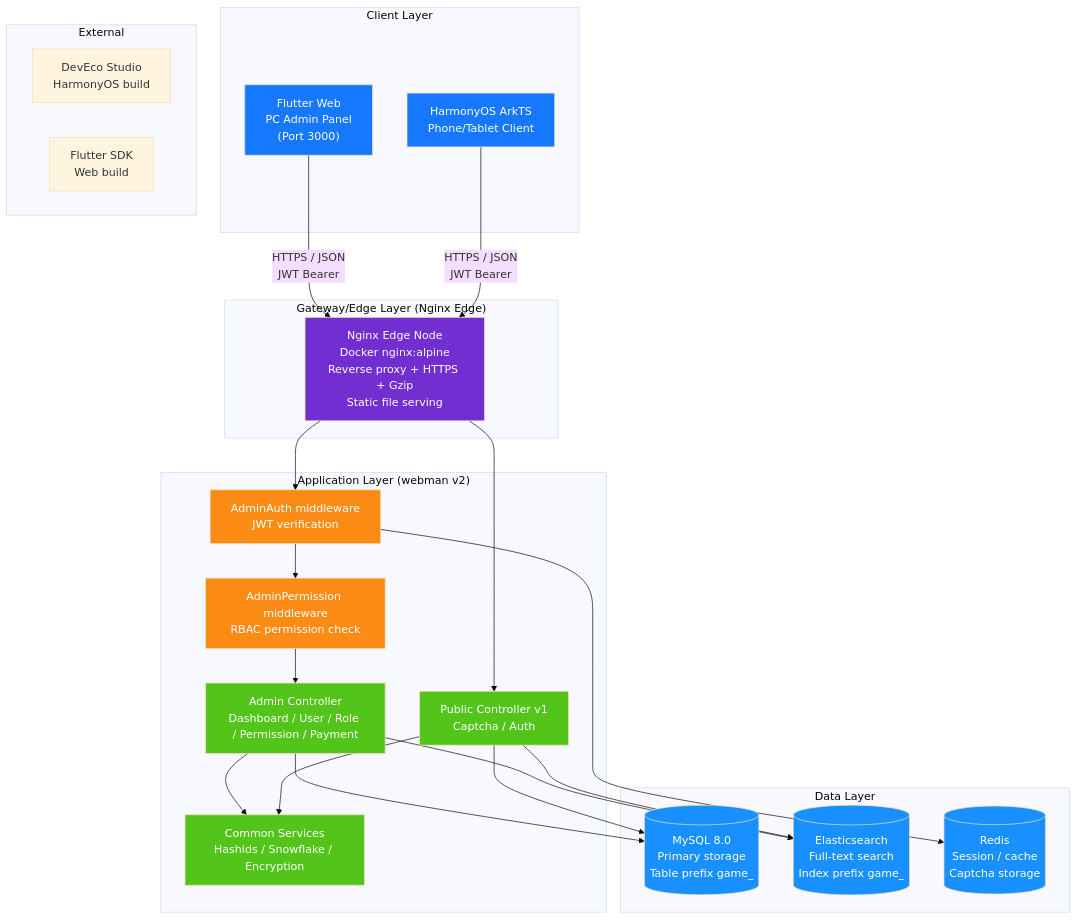
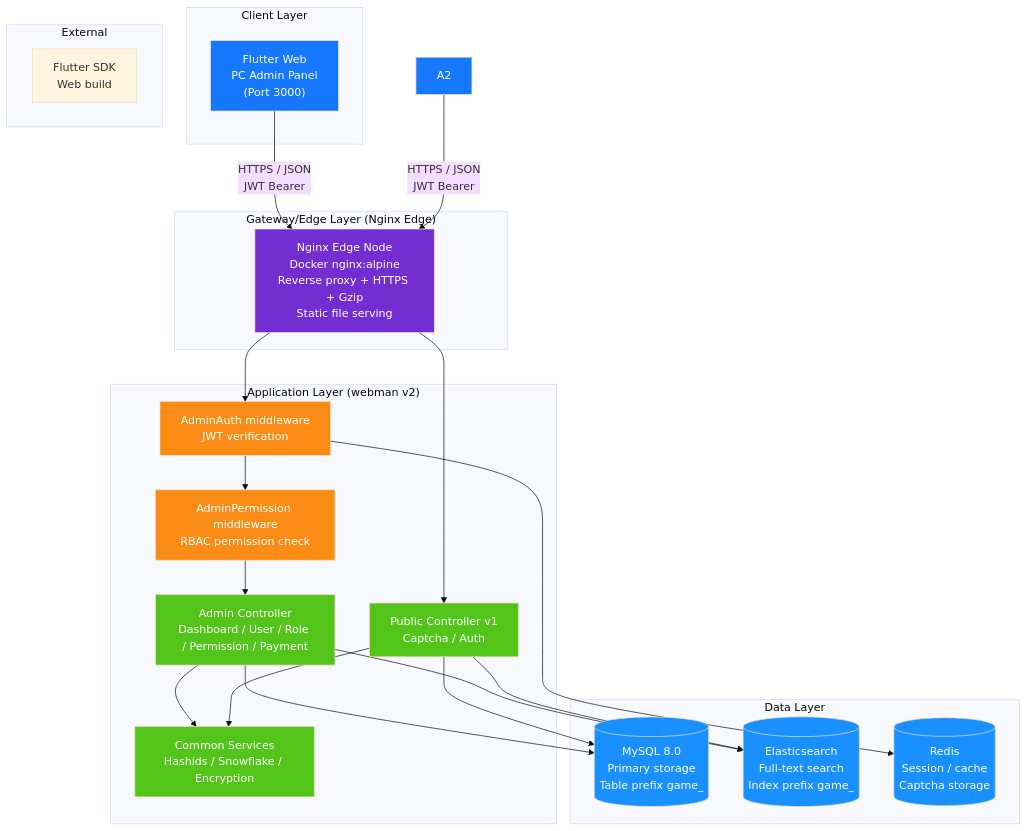
Before and after one commit to erikwang2013/game-platform-php: the first of 14 diagrams in admin/docs/ARCHITECTURE.en.md, drawn with Mermaid (base theme). The commit also changed other lines of this file and 591 other files, not shown here.

Commit message:
文档：仅保留中英文 README，清理已移除功能与过时图片

````diff
--- a/admin/docs/ARCHITECTURE.en.md
+++ b/admin/docs/ARCHITECTURE.en.md
@@ -15,56 +15,54 @@
 ```mermaid
 flowchart TB
     subgraph "Client Layer"
         A1["Flutter Web<br/>PC Admin Panel<br/>(Port 3000)"]
-        A2["HarmonyOS ArkTS<br/>Phone/Tablet Client"]
     end
 
     subgraph "Gateway/Edge Layer (Nginx Edge)"
         B1["Nginx Edge Node<br/>Docker nginx:alpine<br/>Reverse proxy + HTTPS + Gzip<br/>Static file serving"]
     end
 
     subgraph "Application Layer (webman v2)"
         C1["AdminAuth middleware<br/>JWT verification"]
         C2["AdminPermission middleware<br/>RBAC permission check"]
         C3["Admin Controller<br/>Dashboard / User / Role / Permission / Payment"]
         C4["Public Controller v1<br/>Captcha / Auth"]
         C5["Common Services<br/>Hashids / Snowflake / Encryption"]
     end
 
     subgraph "Data Layer"
         D1[("MySQL 8.0<br/>Primary storage<br/>Table prefix game_")]
         D2[("Elasticsearch<br/>Full-text search<br/>Index prefix game_")]
         D3[("Redis<br/>Session / cache<br/>Captcha storage")]
     end
 
     subgraph "External"
-        E1["DevEco Studio<br/>HarmonyOS build"]
         E2["Flutter SDK<br/>Web build"]
     end
 
     A1 -->|"HTTPS / JSON<br/>JWT Bearer"| B1
     A2 -->|"HTTPS / JSON<br/>JWT Bearer"| B1
     B1 --> C1
     C1 --> C2
     C2 --> C3
     B1 --> C4
     C3 --> C5
     C4 --> C5
     C3 --> D1
     C4 --> D1
     C3 --> D2
     C4 --> D2
     C1 --> D3
 
     style A1 fill:#1677FF,color:#fff
     style A2 fill:#1677FF,color:#fff
     style B1 fill:#722ED1,color:#fff
     style C1 fill:#FA8C16,color:#fff
     style C2 fill:#FA8C16,color:#fff
     style C3 fill:#52C41A,color:#fff
     style C4 fill:#52C41A,color:#fff
     style C5 fill:#52C41A,color:#fff
     style D1 fill:#1890FF,color:#fff
     style D2 fill:#1890FF,color:#fff
     style D3 fill:#1890FF,color:#fff
 ```
````
